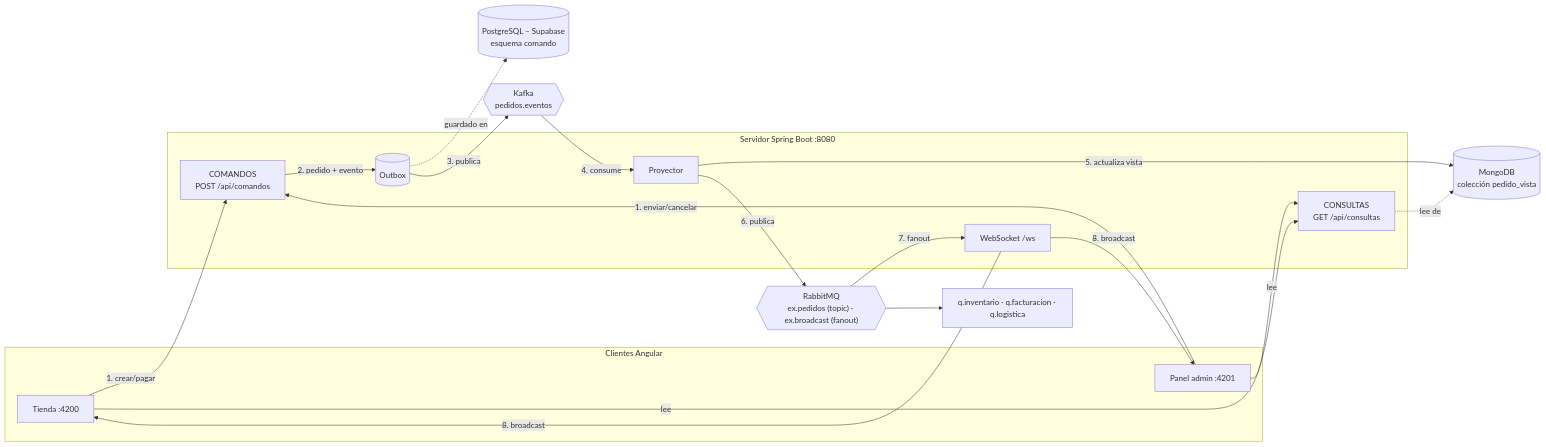
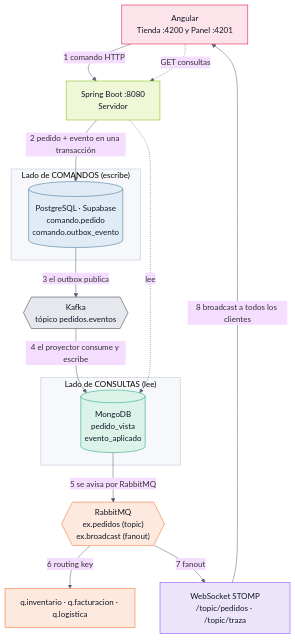
The first of 3 diagrams in README.md (Esteban-GH39/tienda-cqrs), drawn with Mermaid before and after one commit. The commit also changed other lines of this file and 31 other files, not shown here.

````diff
--- a/README.md
+++ b/README.md
@@ -16,37 +31,46 @@
 ```mermaid
-flowchart LR
-    subgraph Clientes["Clientes Angular"]
-        T["Tienda :4200"]
-        A["Panel admin :4201"]
+%%{init: {'theme':'base','themeVariables':{'clusterBkg':'#f6f8fb','clusterBorder':'#b6bfcf','lineColor':'#566074','fontFamily':'Segoe UI, system-ui, sans-serif'}}}%%
+flowchart TB
+    T["Angular<br/>Tienda :4200 y Panel :4201"]
+    S["Spring Boot :8080<br/>Servidor"]
+
+    subgraph ESCRIBE["Lado de COMANDOS (escribe)"]
+        PG[("PostgreSQL · Supabase<br/>comando.pedido<br/>comando.outbox_evento")]
     end
 
-    subgraph Servidor["Servidor Spring Boot :8080"]
-        C["COMANDOS<br/>POST /api/comandos"]
-        O[("Outbox")]
-        P["Proyector"]
-        Q["CONSULTAS<br/>GET /api/consultas"]
-        W["WebSocket /ws"]
+    K{{"Kafka<br/>tópico pedidos.eventos"}}
+
+    subgraph LEE["Lado de CONSULTAS (lee)"]
+        MG[("MongoDB<br/>pedido_vista<br/>evento_aplicado")]
     end
 
-    DB[("PostgreSQL – Supabase<br/>esquema comando")]
-    MG[("MongoDB<br/>colección pedido_vista")]
-    K{{"Kafka<br/>pedidos.eventos"}}
-    R{{"RabbitMQ<br/>ex.pedidos (topic) · ex.broadcast (fanout)"}}
-    Q1["q.inventario · q.facturacion · q.logistica"]
+    R{{"RabbitMQ<br/>ex.pedidos (topic)<br/>ex.broadcast (fanout)"}}
+    COLAS["q.inventario · q.facturacion · q.logistica"]
+    WS["WebSocket STOMP<br/>/topic/pedidos · /topic/traza"]
 
-    T -- "1. crear/pagar" --> C
-    A -- "1. enviar/cancelar" --> C
-    C -- "2. pedido + evento" --> O
-    O -.guardado en.-> DB
-    O -- "3. publica" --> K
-    K -- "4. consume" --> P
-    P -- "5. actualiza vista" --> MG
-    P -- "6. publica" --> R
-    R --> Q1
-    R -- "7. fanout" --> W
-    W -- "8. broadcast" --> T
-    W -- "8. broadcast" --> A
-    T -- "lee" --> Q
-    A -- "lee" --> Q
-    Q -.lee de.-> MG
+    T -- "1 comando HTTP" --> S
+    S -- "2 pedido + evento en una transacción" --> PG
+    PG -- "3 el outbox publica" --> K
+    K -- "4 el proyector consume y escribe" --> MG
+    MG -- "5 se avisa por RabbitMQ" --> R
+    R -- "6 routing key" --> COLAS
+    R -- "7 fanout" --> WS
+    WS -- "8 broadcast a todos los clientes" --> T
+    T -. "GET consultas" .-> S
+    S -. "lee" .-> MG
+
+    classDef ang fill:#fde4ea,stroke:#dd0031,color:#101828
+    classDef spr fill:#eef7d6,stroke:#7ab800,color:#101828
+    classDef pg fill:#e1ebf5,stroke:#336791,color:#101828
+    classDef kf fill:#e6e8ee,stroke:#2b2f3a,color:#101828
+    classDef mg fill:#dcf3ea,stroke:#0e9f6e,color:#101828
+    classDef rb fill:#fde9de,stroke:#f26522,color:#101828
+    classDef ws fill:#ece4fb,stroke:#7c3aed,color:#101828
+    class T ang
+    class S spr
+    class PG pg
+    class K kf
+    class MG mg
+    class R,COLAS rb
+    class WS ws
 ```
````
